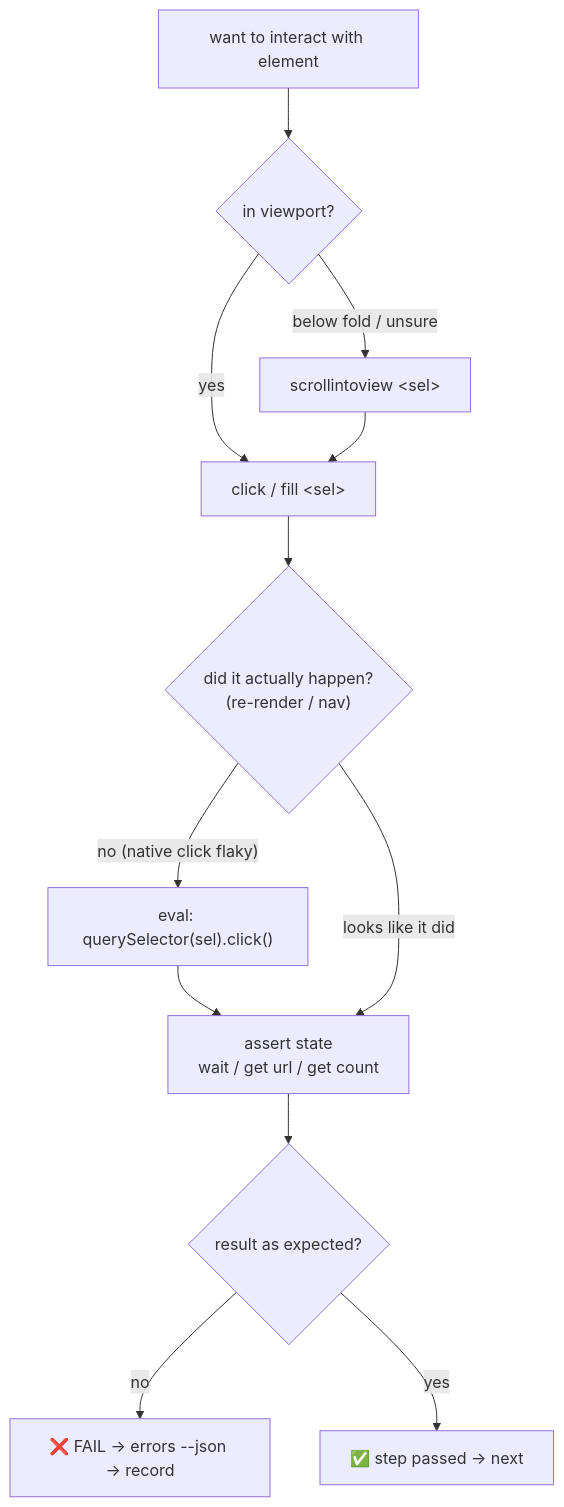
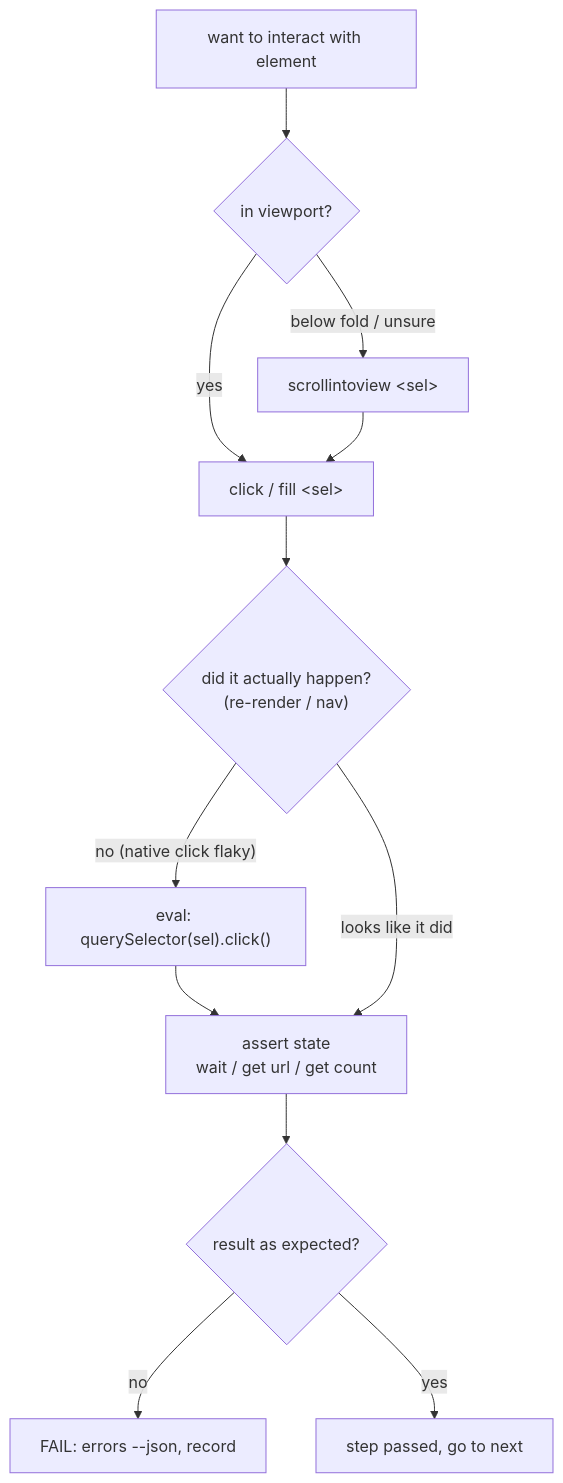
One commit to wichtking/agent-browser-qa changed the second of 5 diagrams in docs/ARCHITECTURE.md. Above: the diagram before and after it, drawn with Mermaid. The commit also changed other lines of this file and 1 other file, not shown here.

First line of the commit message:
docs: apply the plainer voice to ARCHITECTURE and TEAM-PROCESS

````diff
--- a/docs/ARCHITECTURE.md
+++ b/docs/ARCHITECTURE.md
@@ -51,14 +51,14 @@
 ```mermaid
 flowchart TD
     a["want to interact with element"] --> b{"in viewport?"}
     b -->|"below fold / unsure"| c["scrollintoview &lt;sel&gt;"]
     b -->|yes| d["click / fill &lt;sel&gt;"]
     c --> d
     d --> e{"did it actually happen?<br/>(re-render / nav)"}
     e -->|"no (native click flaky)"| f["eval: querySelector(sel).click()"]
     f --> g
     e -->|"looks like it did"| g["assert state<br/>wait / get url / get count"]
     g --> h{"result as expected?"}
-    h -->|no| x["❌ FAIL → errors --json → record"]
-    h -->|yes| ok["✅ step passed → next"]
+    h -->|no| x["FAIL: errors --json, record"]
+    h -->|yes| ok["step passed, go to next"]
 ```
````
